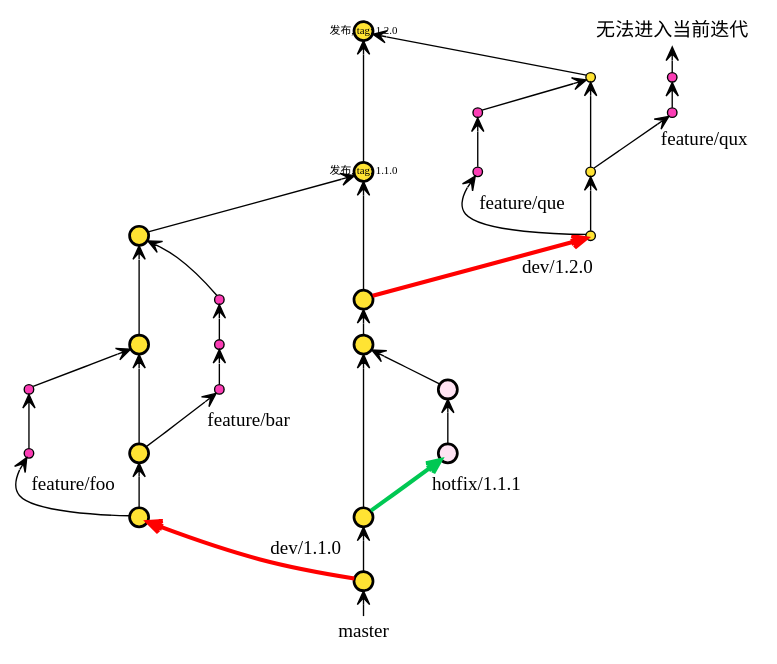
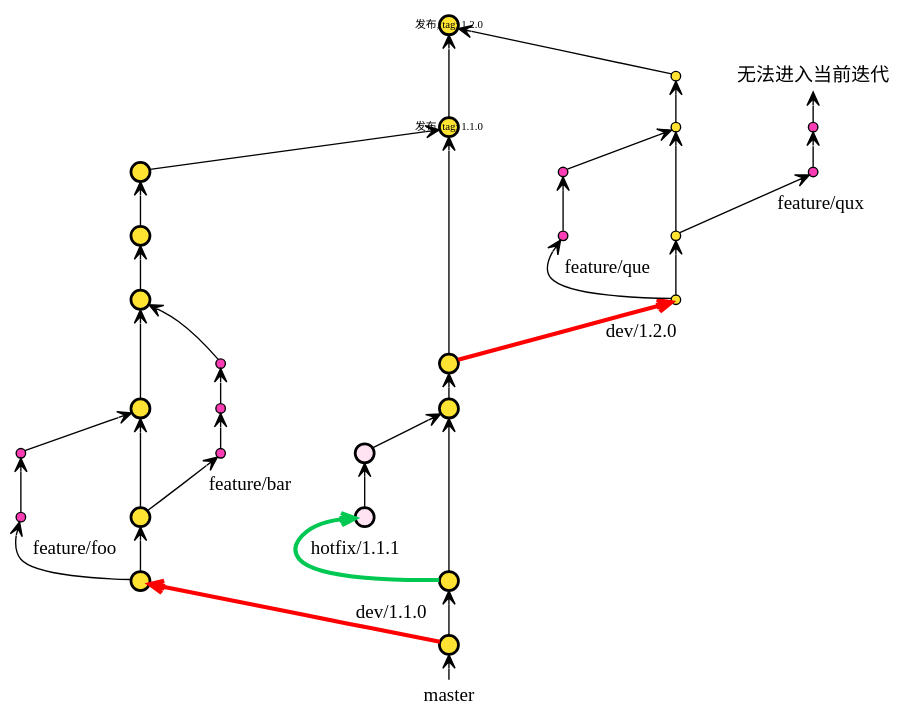
Before and after one commit to walfud/dot: the diagram in branch/zuiyou.dot, drawn with Graphviz. The commit also changed 1 other file, not shown here.

```diff
--- a/branch/zuiyou.dot
+++ b/branch/zuiyou.dot
@@ -1,83 +1,86 @@
 // https://graphviz.gitlab.io/_pages/doc/info/attrs.html
 digraph dev {
 rankdir="BT";
 nodesep=0.5;
 ranksep=0.25;
 splines=true;
 forcelabels=false;
 
 // general
 node [style=filled, color="#00000055", fontcolor="black", font="Consolas", fontsize="8pt" ];
 edge [arrowhead=open, color="#00000055", penwidth=1];
 
 // graph
 node [label="", fixedsize=true, width=0.2, height=0.2, shape=circle, penwidth=2]
 
 // new 
 node [style=filled, color="#000000", fontcolor="black", font="Consolas", fontsize="8pt" ];
 edge [arrowhead=open, color="#000000", penwidth=1];
 
 node [group="develop_new", fillcolor="#FFE333"];
 
 dn110_begin;
 dnfix_begin;
 dnfix_end;
 dn110_end [label="发布, tag: 1.1.0"];
 dn120_begin;
 dn120_end [label="发布, tag: 1.2.0"];
 subgraph {
     rank=source;
     dnfake [label="master", fixedsize=false, fontsize=14, fillcolor=none, shape=none, width=0, height=0, penwidth=0, margin=0.05];
 }
 dnfake -> dn110_begin -> dnfix_begin -> dnfix_end -> dn120_begin -> dn110_end -> dn120_end;
 
 // hotfix/1.1.1
 node [group="hotfix/1.1.1", fillcolor="#FFE3F3"];
 dnfix_1;
 dnfix_2;
 dnfix_begin -> dnfix_1 [label="hotfix/1.1.1" color="#00c853", penwidth=3];
 dnfix_1 -> dnfix_2 -> dnfix_end;
 
 // dev/1.1.0
 node [group="dev/1.1.0", fillcolor="#FFE333"];
 dn110_1;
 dn110_2;
 dn110_3;
 dn110_4;
+dn110_5;
+dn110_6;
 dn110_begin -> dn110_1 [label="dev/1.1.0" color="red", penwidth=3];
-dn110_1 -> dn110_2 -> dn110_3 -> dn110_4;
-dn110_4 -> dn110_end;
+dn110_1 -> dn110_2 -> dn110_3 -> dn110_4 -> dn110_5 -> dn110_6;
+dn110_6 -> dn110_end;
 
 node  [group="feature_new_1", fixedsize=true, width=0.1, height=0.1, penwidth=1, fillcolor="#FB3DB5"];
 fn110_1_3_1;
 fn110_1_3_2;
 dn110_1 -> fn110_1_3_1 [label="feature/foo"];
 fn110_1_3_1 -> fn110_1_3_2 -> dn110_3;
 fn110_2_5_1;
 fn110_2_5_2;
 fn110_2_5_3;
 dn110_2 -> fn110_2_5_1 [label="feature/bar"];
 fn110_2_5_1 -> fn110_2_5_2 -> fn110_2_5_3 -> dn110_4;
 
 // dev/1.2.0
 node [group="dev/1.2.0", fillcolor="#FFE333"];
 dn120_1;
 dn120_2;
 dn120_3;
+dn120_4;
 dn120_begin -> dn120_1 [label="dev/1.2.0", color="red", penwidth=3];
-dn120_1 -> dn120_2 -> dn120_3;
-dn120_3 -> dn120_end;
+dn120_1 -> dn120_2 -> dn120_3 -> dn120_4;
+dn120_4 -> dn120_end;
 
 node  [group="feature_new_120", fixedsize=true, width=0.1, height=0.1, penwidth=1, fillcolor="#FB3DB5"];
 fn120_1_4_1;
 fn120_1_4_2;
 dn120_1 -> fn120_1_4_1 [label="feature/que"];
 fn120_1_4_1 -> fn120_1_4_2 -> dn120_3;
 fn120_2_6_1;
 fn120_2_6_2;
 fn120_2_6_3 [label="无法进入当前迭代", fixedsize=false, fontsize=14, fillcolor=none, shape=none, width=0, height=0, penwidth=0, margin=0.05];
 dn120_2 -> fn120_2_6_1 [label="feature/qux"];
 fn120_2_6_1 -> fn120_2_6_2 -> fn120_2_6_3;
 
 
 }
```
